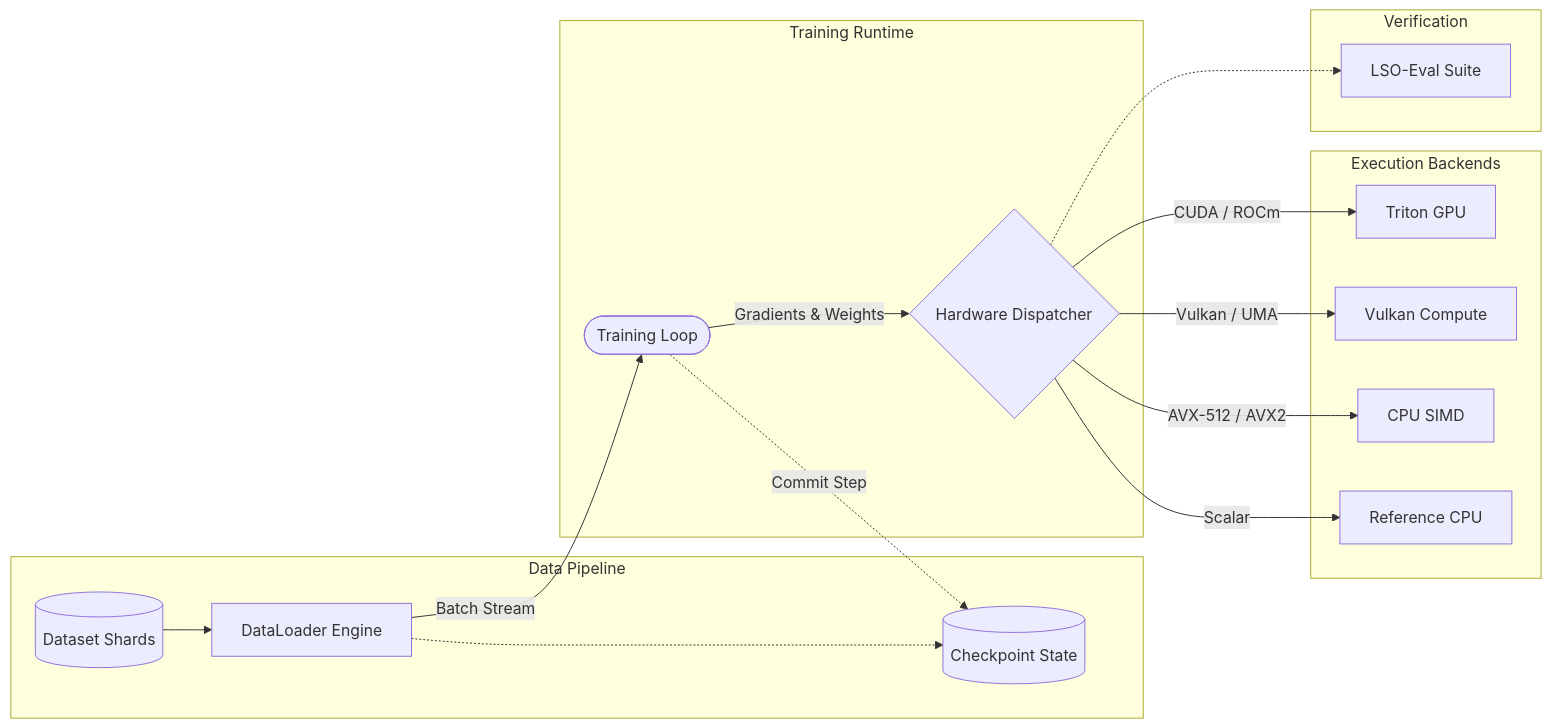
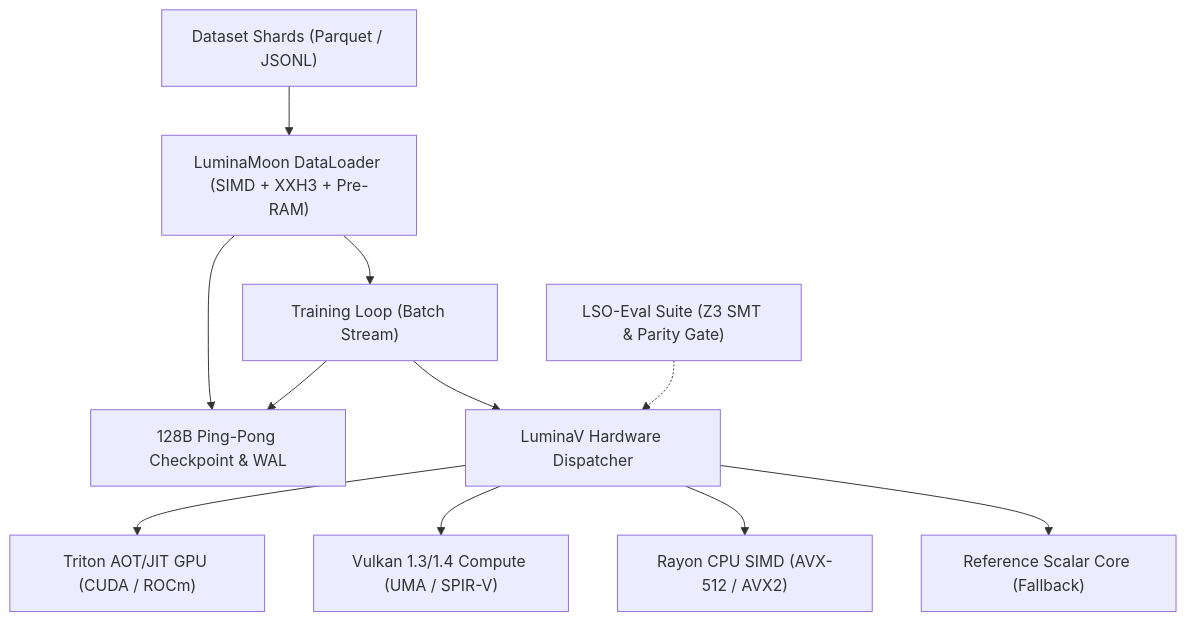
One commit to cloverx-id/luminamoon changed the diagram in README.md. Above: the diagram before and after it, drawn with Mermaid. The commit also changed other lines of this file and 49 other files, not shown here.

Commit message:
change diagram style

````diff
--- a/README.md
+++ b/README.md
@@ -11,24 +9,13 @@
 ```mermaid
-flowchart LR
-    subgraph DataPipeline["Data Pipeline"]
-        Sources[("Dataset Shards")] --> DataLoader["DataLoader Engine"]
-        DataLoader -.-> State[("Checkpoint State")]
-    end
-
-    subgraph Training["Training Runtime"]
-        DataLoader -->|"Batch Stream"| TrainLoop(["Training Loop"])
-        TrainLoop -->|"Gradients & Weights"| Dispatcher{"Hardware Dispatcher"}
-        TrainLoop -.->|"Commit Step"| State
-    end
-
-    subgraph Compute["Execution Backends"]
-        Dispatcher -->|"CUDA / ROCm"| Triton["Triton GPU"]
-        Dispatcher -->|"Vulkan / UMA"| Vulkan["Vulkan Compute"]
-        Dispatcher -->|"AVX-512 / AVX2"| SIMD["CPU SIMD"]
-        Dispatcher -->|"Scalar"| Scalar["Reference CPU"]
-    end
-
-    subgraph Verification["Verification"]
-        Dispatcher -.-> Eval["LSO-Eval Suite"]
-    end
+flowchart TD
+    Shards["Dataset Shards (Parquet / JSONL)"] --> DataLoader["LuminaMoon DataLoader (SIMD + XXH3 + Pre-RAM)"]
+    DataLoader --> TrainLoop["Training Loop (Batch Stream)"]
+    DataLoader --> Checkpoint["128B Ping-Pong Checkpoint & WAL"]
+    TrainLoop --> Checkpoint
+    TrainLoop --> Dispatcher["LuminaV Hardware Dispatcher"]
+    Eval["LSO-Eval Suite (Z3 SMT & Parity Gate)"] -.-> Dispatcher
+    Dispatcher --> Triton["Triton AOT/JIT GPU (CUDA / ROCm)"]
+    Dispatcher --> Vulkan["Vulkan 1.3/1.4 Compute (UMA / SPIR-V)"]
+    Dispatcher --> SIMD["Rayon CPU SIMD (AVX-512 / AVX2)"]
+    Dispatcher --> Scalar["Reference Scalar Core (Fallback)"]
 ```
````
